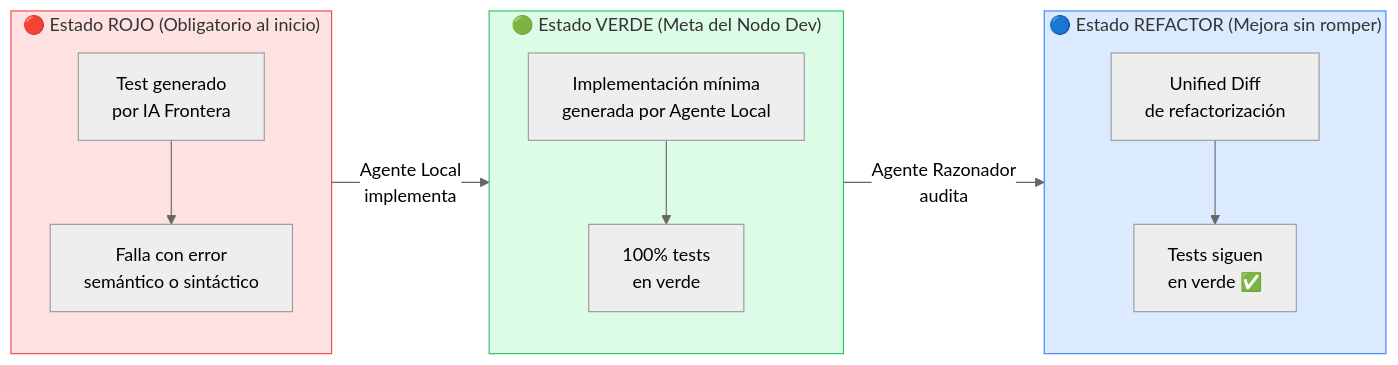
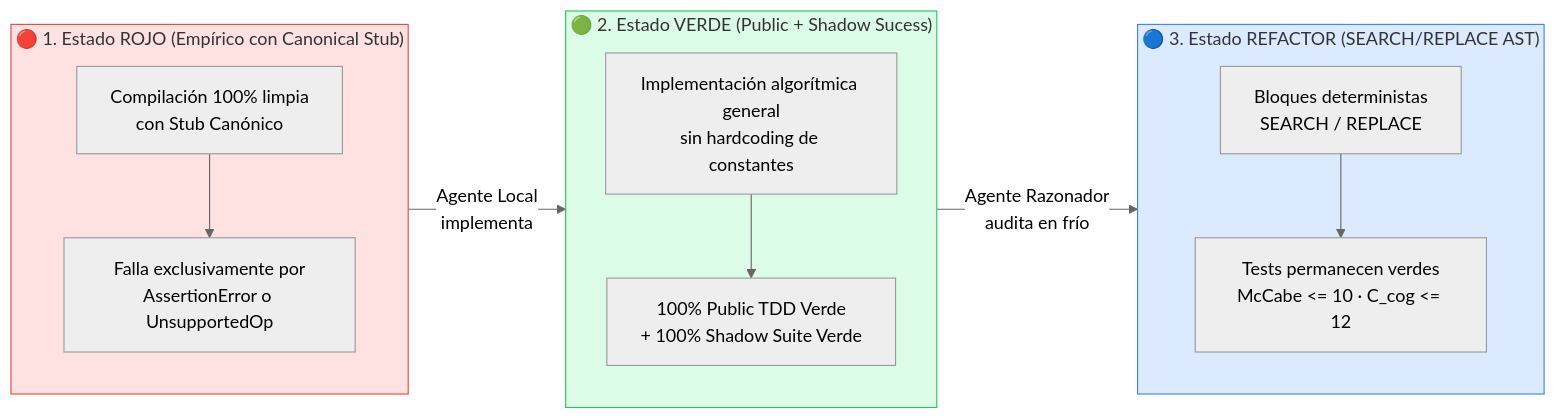
One commit to brunoguzman-dev/H-AXP changed the third of 3 diagrams in diagrams/micro-sprint-estados.md. Above: the diagram before and after it, drawn with Mermaid (neutral theme). The commit also changed other lines of this file and 20 other files, not shown here.

````diff
--- a/diagrams/micro-sprint-estados.md
+++ b/diagrams/micro-sprint-estados.md
@@ -72,27 +80,27 @@
 ```mermaid
 graph LR
-    subgraph ROJO["🔴 Estado ROJO (Obligatorio al inicio)"]
-        R1["Test generado\npor IA Frontera"]
-        R2["Falla con error\nsemántico o sintáctico"]
+    subgraph ROJO["🔴 1. Estado ROJO (Empírico con Canonical Stub)"]
+        R1["Compilación 100% limpia\ncon Stub Canónico"]
+        R2["Falla exclusivamente por\nAssertionError o UnsupportedOp"]
         R1 --> R2
     end
 
-    subgraph VERDE["🟢 Estado VERDE (Meta del Nodo Dev)"]
-        V1["Implementación mínima\ngenerada por Agente Local"]
-        V2["100% tests\nen verde"]
+    subgraph VERDE["🟢 2. Estado VERDE (Public + Shadow Sucess)"]
+        V1["Implementación algorítmica general\nsin hardcoding de constantes"]
+        V2["100% Public TDD Verde\n+ 100% Shadow Suite Verde"]
         V1 --> V2
     end
 
-    subgraph AZUL["🔵 Estado REFACTOR (Mejora sin romper)"]
-        RF1["Unified Diff\nde refactorización"]
-        RF2["Tests siguen\nen verde ✅"]
+    subgraph AZUL["🔵 3. Estado REFACTOR (SEARCH/REPLACE AST)"]
+        RF1["Bloques deterministas\nSEARCH / REPLACE"]
+        RF2["Tests permanecen verdes\nMcCabe <= 10 · C_cog <= 12"]
         RF1 --> RF2
     end
 
     ROJO -->|"Agente Local\nimplementa"| VERDE
-    VERDE -->|"Agente Razonador\naudita"| AZUL
+    VERDE -->|"Agente Razonador\naudita en frío"| AZUL
 
     style ROJO fill:#fee2e2,stroke:#ef4444
     style VERDE fill:#dcfce7,stroke:#22c55e
     style AZUL fill:#dbeafe,stroke:#3b82f6
 ```
````
